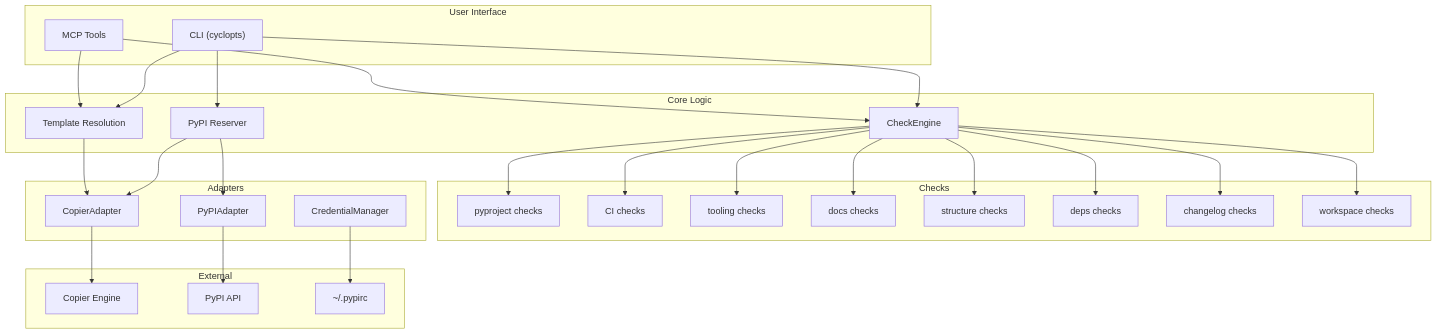
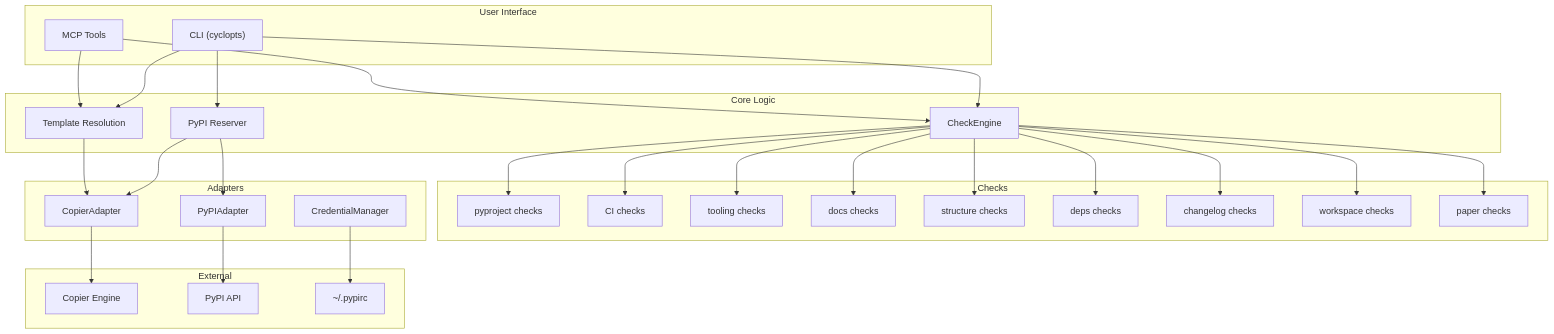
The diagram in packages/axm-init/docs/explanation/architecture.md (axm-protocols/axm-forge), drawn with Mermaid before and after one commit. The commit also changed other lines of this file and 9 other files, not shown here.

````diff
--- a/packages/axm-init/docs/explanation/architecture.md
+++ b/packages/axm-init/docs/explanation/architecture.md
@@ -7,56 +7,58 @@
 ```mermaid
 graph TD
     subgraph "User Interface"
         CLI["CLI (cyclopts)"]
         MCP["MCP Tools"]
     end
 
     subgraph "Core Logic"
         CheckEngine["CheckEngine"]
         Templates["Template Resolution"]
         Reserver["PyPI Reserver"]
     end
 
     subgraph "Checks"
         PyprojectChecks["pyproject checks"]
         CIChecks["CI checks"]
         ToolingChecks["tooling checks"]
         DocsChecks["docs checks"]
         StructureChecks["structure checks"]
         DepsChecks["deps checks"]
         ChangelogChecks["changelog checks"]
         WorkspaceChecks["workspace checks"]
+        PaperChecks["paper checks"]
     end
 
     subgraph "Adapters"
         Copier["CopierAdapter"]
         PyPI["PyPIAdapter"]
         Creds["CredentialManager"]
     end
 
     subgraph "External"
         CopierEngine["Copier Engine"]
         PyPIAPI["PyPI API"]
         PyPIRC["~/.pypirc"]
     end
 
     CLI --> CheckEngine
     CLI --> Templates
     CLI --> Reserver
     MCP --> CheckEngine
     MCP --> Templates
     CheckEngine --> PyprojectChecks
     CheckEngine --> CIChecks
     CheckEngine --> ToolingChecks
     CheckEngine --> DocsChecks
     CheckEngine --> StructureChecks
     CheckEngine --> DepsChecks
     CheckEngine --> ChangelogChecks
     CheckEngine --> WorkspaceChecks
+    CheckEngine --> PaperChecks
     Reserver --> PyPI
     Reserver --> Copier
     Templates --> Copier
     Copier --> CopierEngine
     PyPI --> PyPIAPI
     Creds --> PyPIRC
 ```
````
